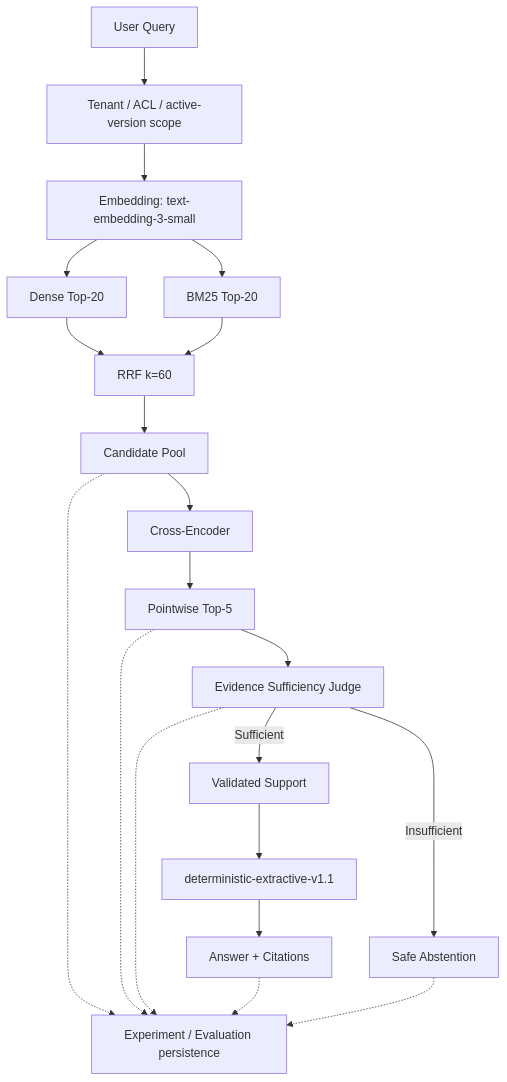
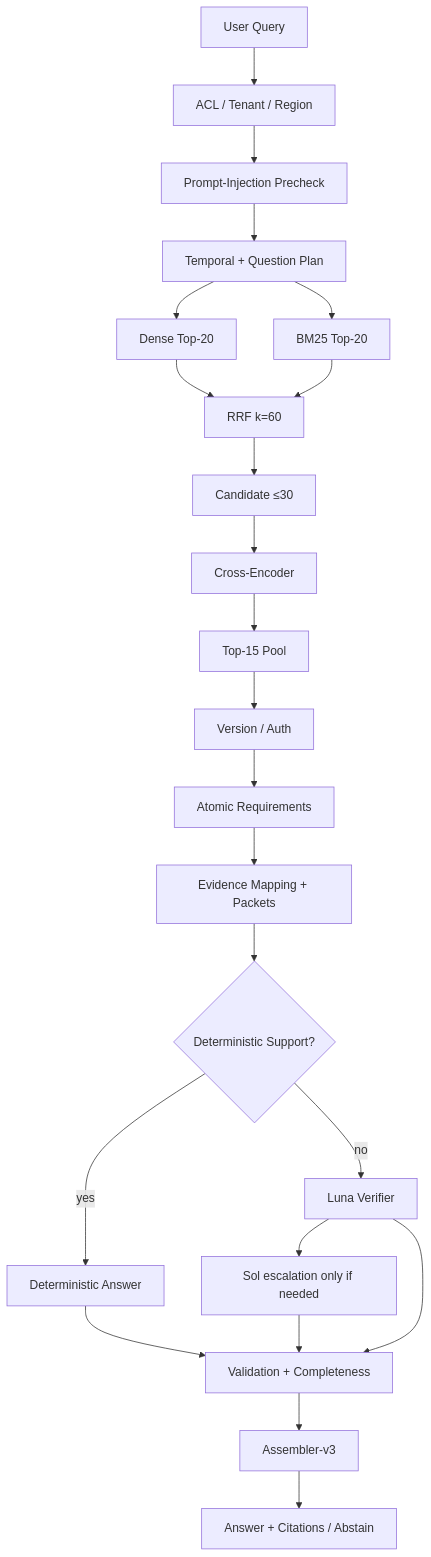
One commit to 11Yasuo11/enterprise-rag-workbench changed the diagram in README.md. Above: the diagram before and after it, drawn with Mermaid. The commit also changed other lines of this file and 12 other files, not shown here.

First line of the commit message:
docs: finalize production RAG architecture and evaluation story

````diff
--- a/README.md
+++ b/README.md
@@ -86,22 +47,25 @@
 ```mermaid
 flowchart TB
-  Q[User Query] --> S[Tenant / ACL / active-version scope]
-  S --> E[Embedding: text-embedding-3-small]
-  E --> D[Dense Top-20]
-  E --> B[BM25 Top-20]
-  D --> R[RRF k=60]
-  B --> R
-  R --> P[Candidate Pool]
-  P --> C[Cross-Encoder]
-  C --> T[Pointwise Top-5]
-  T --> J[Evidence Sufficiency Judge]
-  J -->|Sufficient| V[Validated Support]
-  J -->|Insufficient| A[Safe Abstention]
-  V --> G[deterministic-extractive-v1.1]
-  G --> ANS[Answer + Citations]
-  P -.-> EXP[Experiment / Evaluation persistence]
-  T -.-> EXP
-  J -.-> EXP
-  ANS -.-> EXP
-  A -.-> EXP
+  Q[User Query] --> ACL[ACL / Tenant / Region]
+  ACL --> PI[Prompt-Injection Precheck]
+  PI --> TP[Temporal + Question Plan]
+  TP --> D[Dense Top-20]
+  TP --> B[BM25 Top-20]
+  D --> RRF[RRF k=60]
+  B --> RRF
+  RRF --> CAP[Candidate ≤30]
+  CAP --> CE[Cross-Encoder]
+  CE --> T15[Top-15 Pool]
+  T15 --> VA[Version / Auth]
+  VA --> REQ[Atomic Requirements]
+  REQ --> MAP[Evidence Mapping + Packets]
+  MAP --> DS{Deterministic Support?}
+  DS -->|yes| DET[Deterministic Answer]
+  DS -->|no| LUNA[Luna Verifier]
+  LUNA --> SOL[Sol escalation only if needed]
+  DET --> VAL[Validation + Completeness]
+  SOL --> VAL
+  LUNA --> VAL
+  VAL --> ASM[Assembler-v3]
+  ASM --> OUT[Answer + Citations / Abstain]
 ```
````
